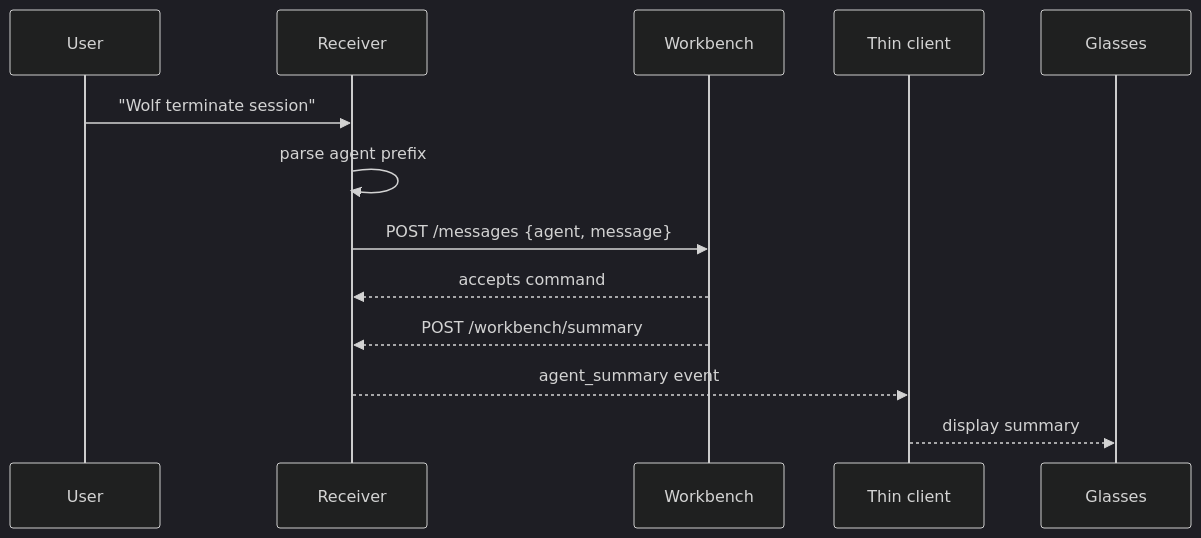
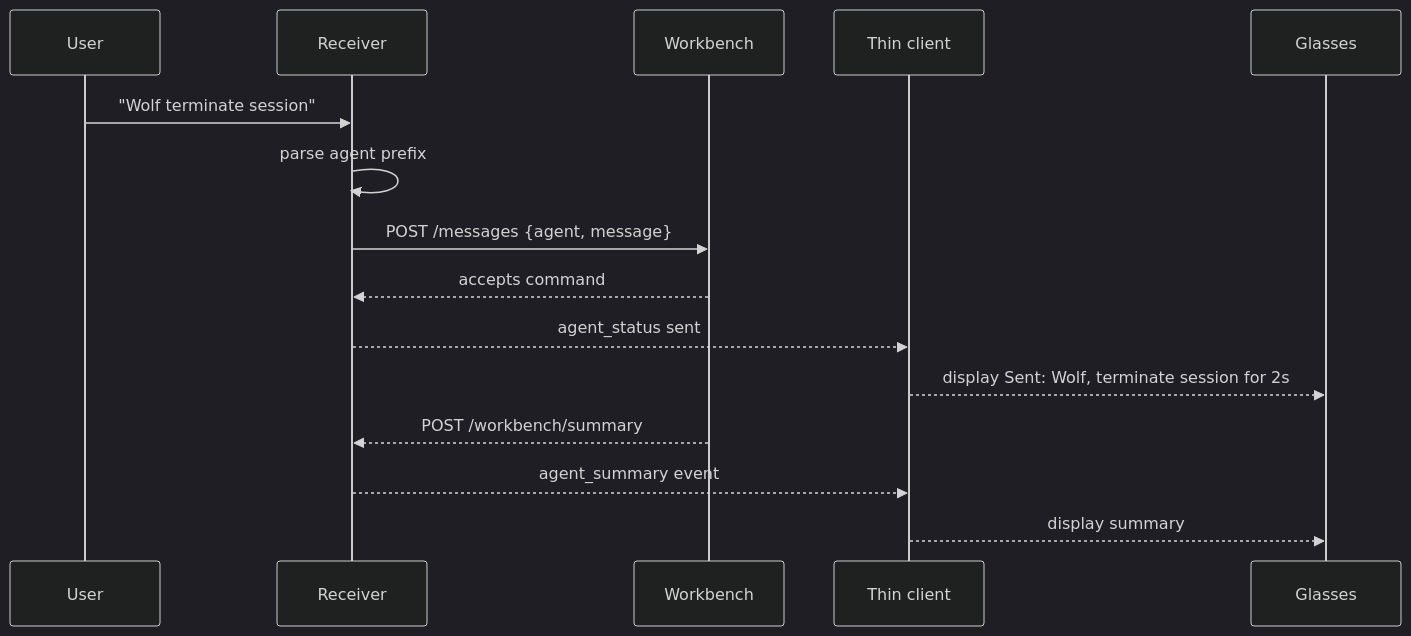
The third of 4 diagrams in README.md (aaronrau/even-audio-pipe), drawn with Mermaid (dark theme) before and after one commit. The commit also changed other lines of this file and 16 other files, not shown here.

````diff
--- a/README.md
+++ b/README.md
@@ -278,16 +283,18 @@
 ```mermaid
 sequenceDiagram
   participant User
   participant R as Receiver
   participant W as Workbench
   participant C as Thin client
   participant G as Glasses
 
   User->>R: "Wolf terminate session"
   R->>R: parse agent prefix
   R->>W: POST /messages {agent, message}
   W-->>R: accepts command
+  R-->>C: agent_status sent
+  C-->>G: display Sent: Wolf, terminate session for 2s
   W-->>R: POST /workbench/summary
   R-->>C: agent_summary event
   C-->>G: display summary
 ```
````
